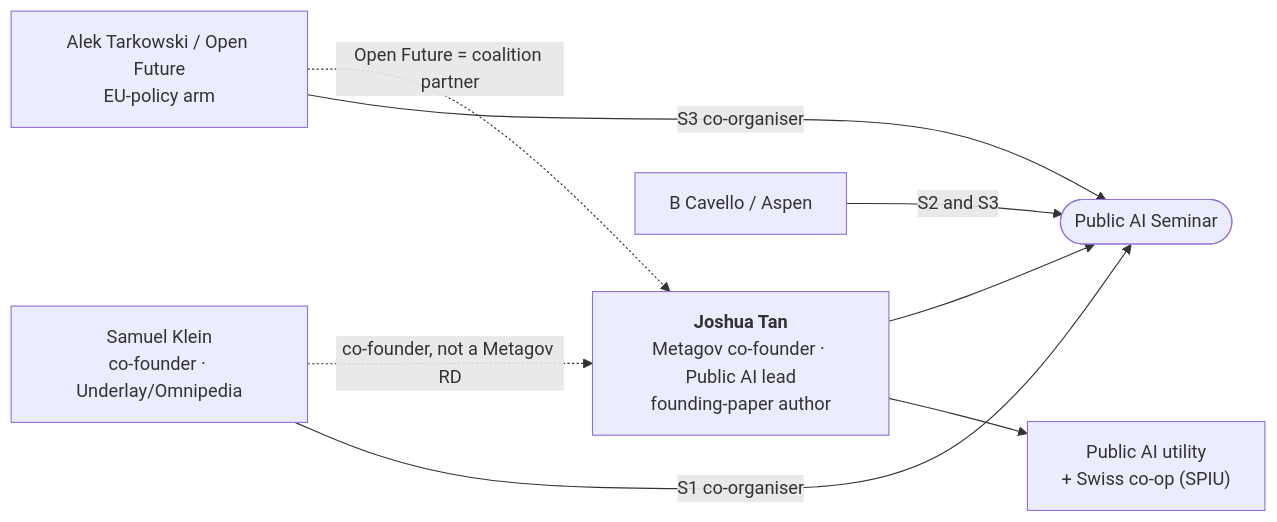
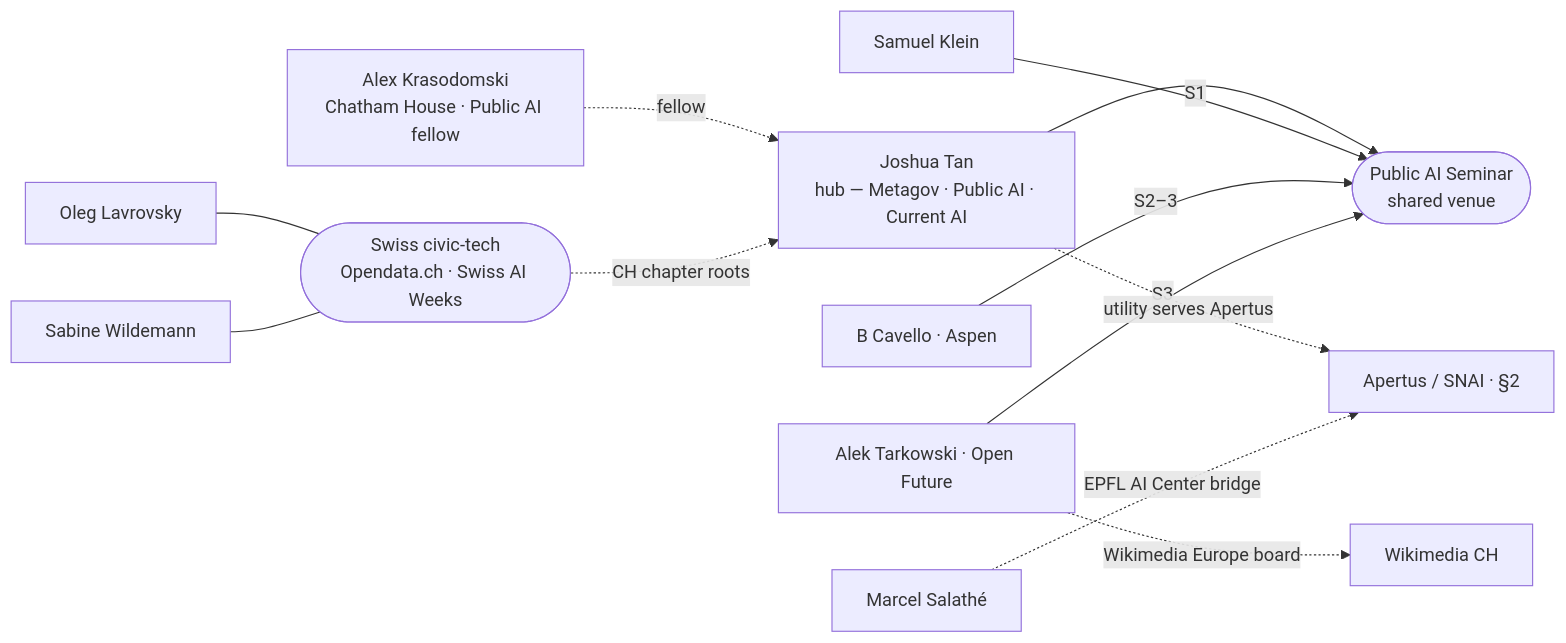
The third of 3 diagrams in docs/wip/public-ai-people-and-pathways.md (robertschaub/our-ai-charter), drawn with Mermaid before and after one commit. The commit also changed other lines of this file and 1 other file, not shown here.

Commit message:
docs(wip): refocus connection diagram on cross-cluster bridges
public-ai-people-and-pathways.md section 3 retitled 'Connective ties -- who bridges the clusters' and broadened from the seminar-only web to the ties sections 1-2 don't show: Tan as a three-org hub (Metagov / Public AI / Current AI), Krasodomski (fellow), the Swiss civic-tech tie (Lavrovsky + Wildemann via Opendata.ch / Swiss AI Weeks), the Wikimedia bridge, and the two hinges into the Apertus cluster (utility-serves-Apertus; Salathe's EPFL bridge). Scope stated explicitly so it complements the two structural maps rather than duplicating them. Neutral voice retained; mkdocs build --strict clean.

````diff
--- a/docs/wip/public-ai-people-and-pathways.md
+++ b/docs/wip/public-ai-people-and-pathways.md
@@ -65,19 +67,26 @@
 ```mermaid
 flowchart LR
-  TAN["<b>Joshua Tan</b><br/>Metagov co-founder · Public AI lead<br/>founding-paper author"]
-  UTIL["Public AI utility<br/>+ Swiss co-op (SPIU)"]
-  SEM(["Public AI Seminar"])
-  TAN --> UTIL
+  TAN["Joshua Tan<br/>hub — Metagov · Public AI · Current AI"]
+  SEM(["Public AI Seminar<br/>shared venue"])
+  KLEIN["Samuel Klein"]
+  CAV["B Cavello · Aspen"]
+  ALEK["Alek Tarkowski · Open Future"]
+  KRA["Alex Krasodomski<br/>Chatham House · Public AI fellow"]
+  SWISS(["Swiss civic-tech<br/>Opendata.ch · Swiss AI Weeks"])
+  LAV["Oleg Lavrovsky"]
+  WIL["Sabine Wildemann"]
+  APE["Apertus / SNAI · §2"]
+  SAL["Marcel Salathé"]
+
   TAN --> SEM
-
-  KLEIN["Samuel Klein<br/>co-founder · Underlay/Omnipedia"]
-  ALEK["Alek Tarkowski / Open Future<br/>EU-policy arm"]
-  CAV["B Cavello / Aspen"]
-
-  KLEIN -->|S1 co-organiser| SEM
-  CAV -->|S2 and S3| SEM
-  ALEK -->|S3 co-organiser| SEM
-
-  ALEK -.->|Open Future = coalition partner| TAN
-  KLEIN -.->|co-founder, not a Metagov RD| TAN
+  KLEIN -->|S1| SEM
+  CAV -->|S2–3| SEM
+  ALEK -->|S3| SEM
+  KRA -.->|fellow| TAN
+  ALEK -.->|Wikimedia Europe board| WM["Wikimedia CH"]
+  LAV --- SWISS
+  WIL --- SWISS
+  SWISS -.->|CH chapter roots| TAN
+  TAN -.->|utility serves Apertus| APE
+  SAL -.->|EPFL AI Center bridge| APE
 ```
````
